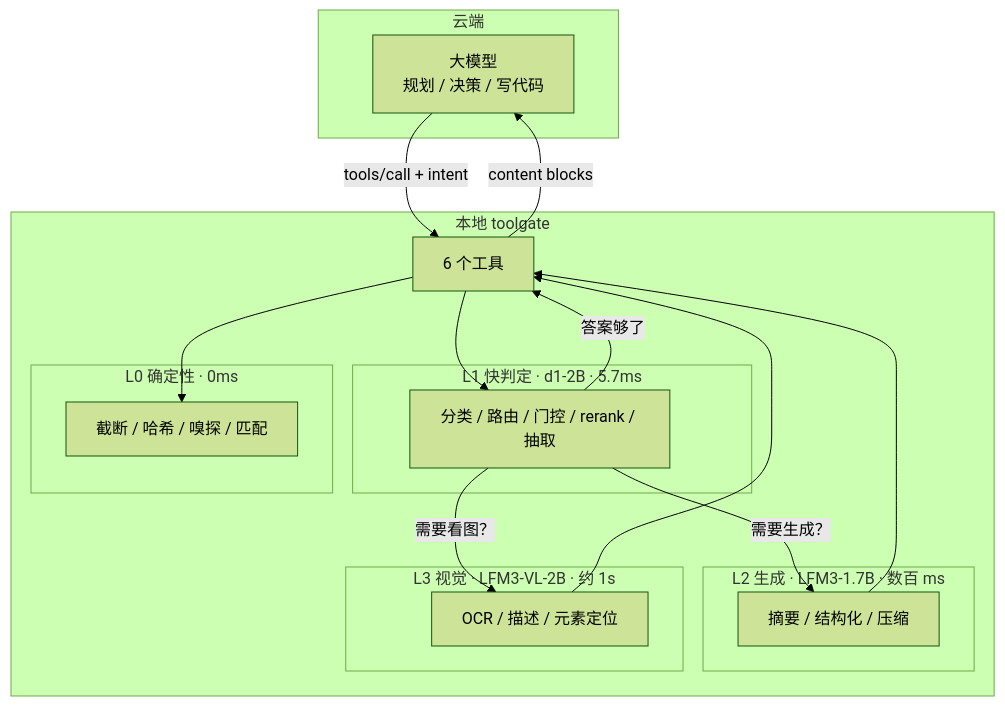
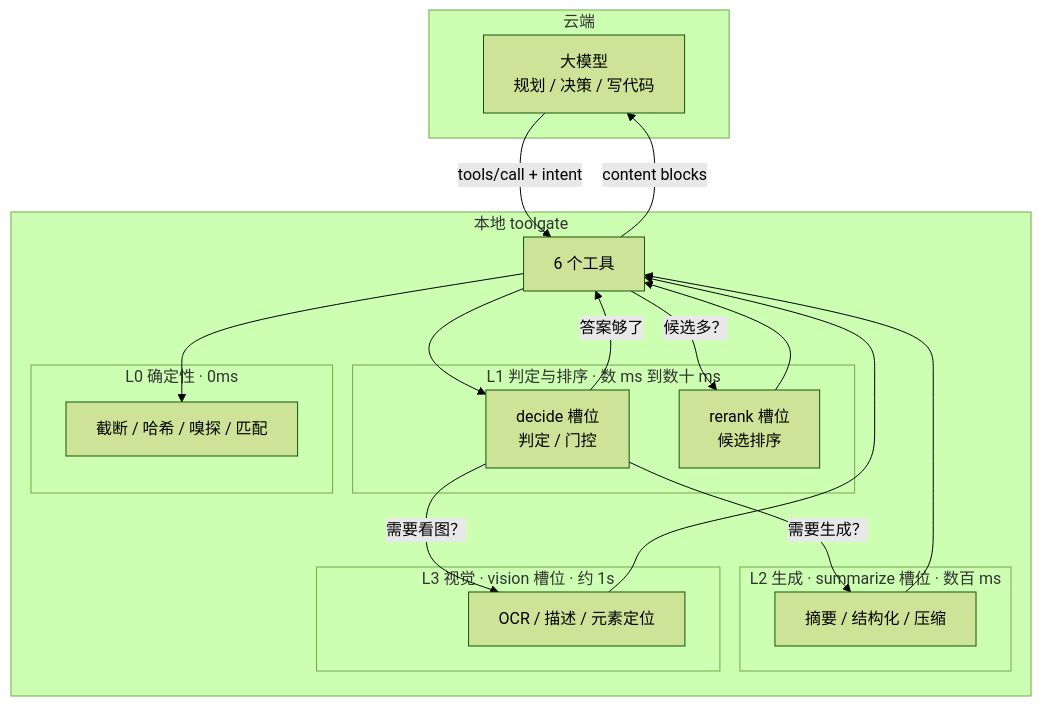
The second of 2 diagrams in docs/architecture.md (lws2004/toolgate), drawn with Mermaid (forest theme) before and after one commit. The commit also changed other lines of this file and 5 other files, not shown here.

````diff
--- a/docs/architecture.md
+++ b/docs/architecture.md
@@ -140,32 +141,35 @@
 ```mermaid
 flowchart TD
     subgraph Cloud["云端"]
         LLM["大模型<br/>规划 / 决策 / 写代码"]
     end
 
     subgraph Local["本地 toolgate"]
-        subgraph L1["L1 快判定 · d1-2B · 5.7ms"]
-            D1["分类 / 路由 / 门控 / rerank / 抽取"]
+        subgraph L1["L1 判定与排序 · 数 ms 到数十 ms"]
+            D1["decide 槽位<br/>判定 / 门控"]
+            RK["rerank 槽位<br/>候选排序"]
         end
-        subgraph L2["L2 生成 · LFM3-1.7B · 数百 ms"]
+        subgraph L2["L2 生成 · summarize 槽位 · 数百 ms"]
             LFM["摘要 / 结构化 / 压缩"]
         end
-        subgraph L3["L3 视觉 · LFM3-VL-2B · 约 1s"]
+        subgraph L3["L3 视觉 · vision 槽位 · 约 1s"]
             VL["OCR / 描述 / 元素定位"]
         end
         subgraph L0["L0 确定性 · 0ms"]
             DET["截断 / 哈希 / 嗅探 / 匹配"]
         end
         Tools["6 个工具"]
     end
 
     LLM -- "tools/call + intent" --> Tools
     Tools --> DET
     Tools --> D1
+    Tools -- "候选多？" --> RK
     D1 -- "需要生成？" --> LFM
     D1 -- "需要看图？" --> VL
     D1 -- "答案够了" --> Tools
+    RK --> Tools
     LFM --> Tools
     VL --> Tools
     Tools -- "content blocks" --> LLM
 ```
````
